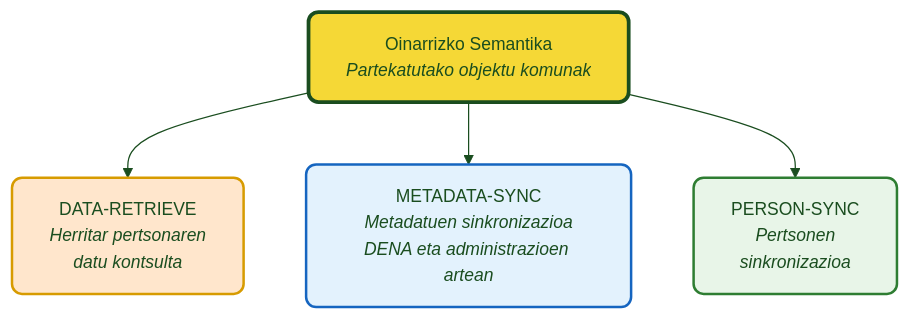
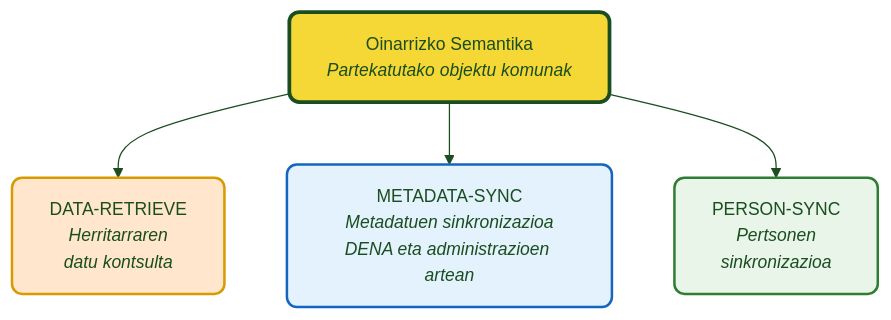
The diagram in docs/semantica/index.eu.md (DENA-Euskadi/dena-euskadi.github.io), drawn with Mermaid before and after one commit. The commit also changed other lines of this file and 46 other files, not shown here.

````diff
--- a/docs/semantica/index.eu.md
+++ b/docs/semantica/index.eu.md
@@ -9,24 +9,24 @@
 ```mermaid
 ---
 config:
   theme: base
   themeVariables:
     primaryColor: "#FFFFFF"
     primaryTextColor: "#1a4d1f"
     primaryBorderColor: "#70d680"
     lineColor: "#1a4d1f"
     fontSize: "14px"
     fontFamily: "Manrope, sans-serif"
 ---
 flowchart TD
     BASE["Oinarrizko Semantika<br/><i>Partekatutako objektu komunak</i>"]
 
-    BASE --> DR["DATA-RETRIEVE<br/><i>Herritar pertsonaren<br/>datu kontsulta</i>"]
+    BASE --> DR["DATA-RETRIEVE<br/><i>Herritarraren<br/>datu kontsulta</i>"]
     BASE --> DS["METADATA-SYNC<br/><i>Metadatuen sinkronizazioa<br/>DENA eta administrazioen artean</i>"]
     BASE --> PS["PERSON-SYNC<br/><i>Pertsonen<br/>sinkronizazioa</i>"]
 
     style BASE fill:#f5d836,stroke:#1a4d1f,color:#1a4d1f,stroke-width:3px,rx:8,ry:8
     style DR fill:#ffe6cc,stroke:#d79b00,color:#1a4d1f,stroke-width:2px,rx:8,ry:8
     style DS fill:#e3f2fd,stroke:#1565c0,color:#1a4d1f,stroke-width:2px,rx:8,ry:8
     style PS fill:#e8f5e8,stroke:#2e7d32,color:#1a4d1f,stroke-width:2px,rx:8,ry:8
 ```
````
